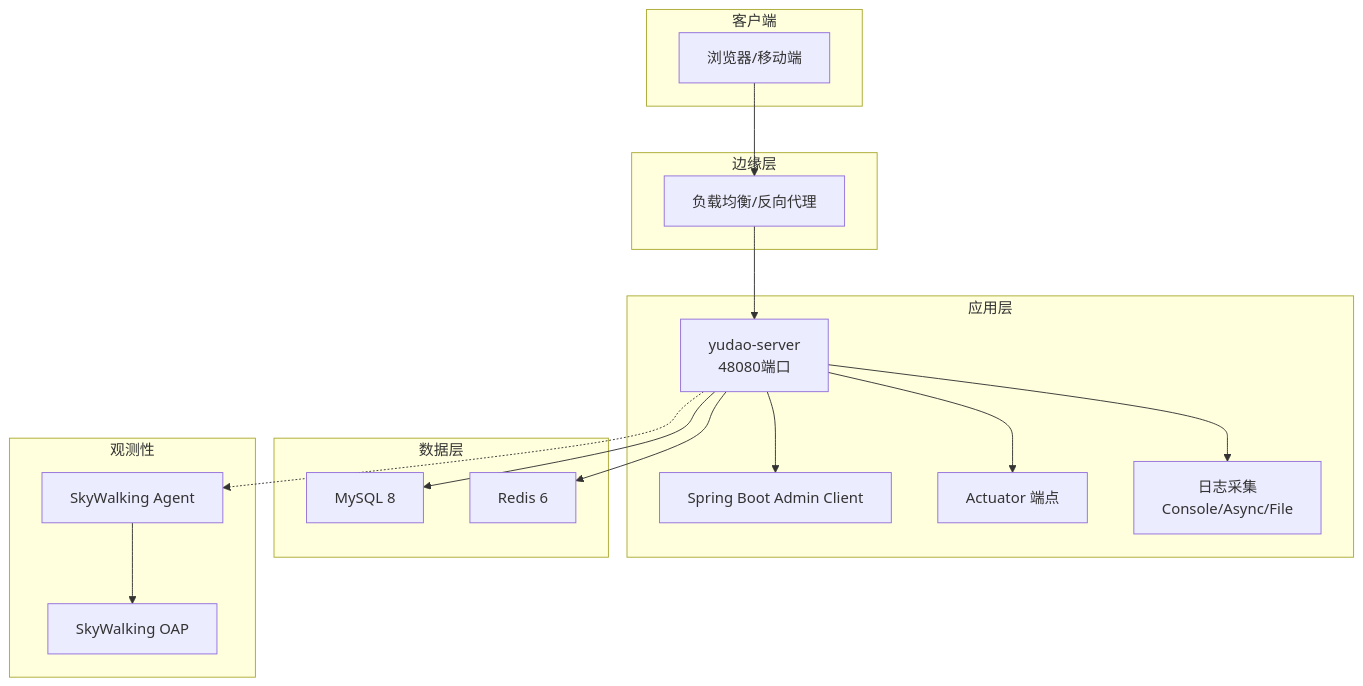
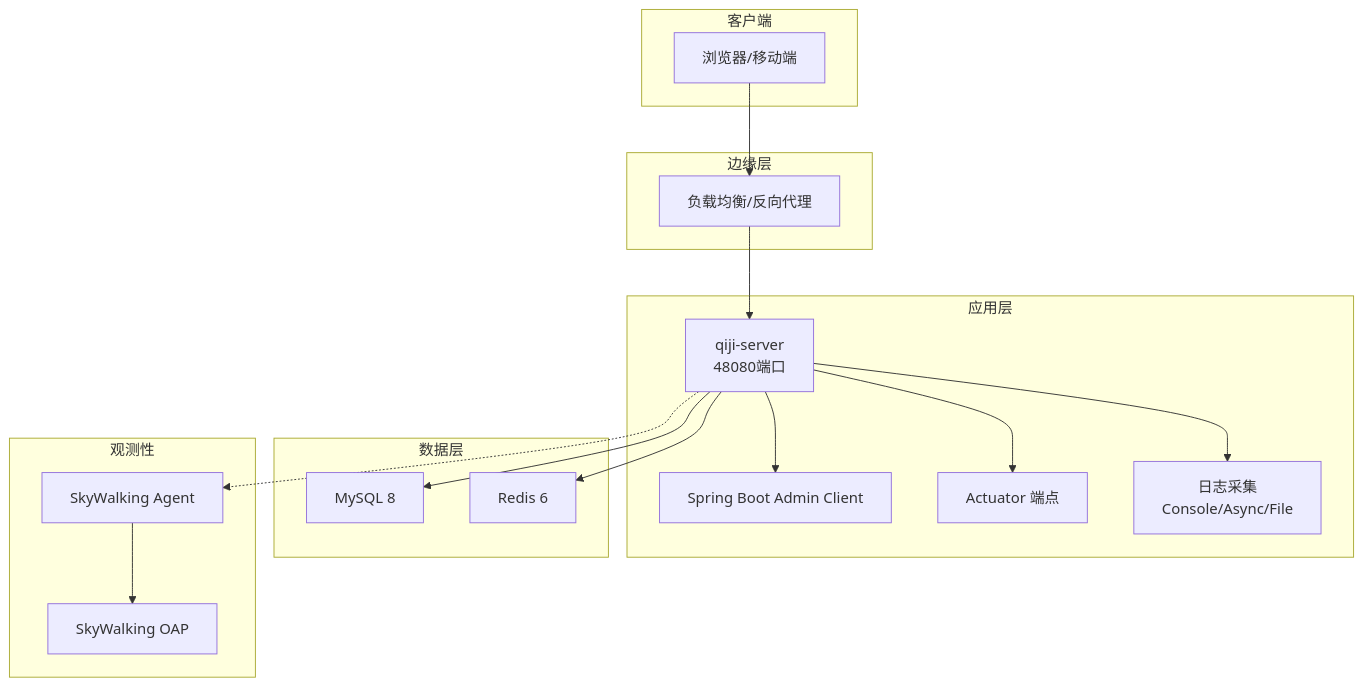
Before and after one commit to zhuangpengLI/AgenticCPS: the second of 6 diagrams in backend/.qoder/repowiki/zh/content/部署与运维/部署与运维.md, drawn with Mermaid. The commit also changed other lines of this file and 3489 other files, not shown here.

````diff
--- a/backend/.qoder/repowiki/zh/content/部署与运维/部署与运维.md
+++ b/backend/.qoder/repowiki/zh/content/部署与运维/部署与运维.md
@@ -114,30 +114,30 @@
 ```mermaid
 graph TB
 subgraph "客户端"
 C["浏览器/移动端"]
 end
 subgraph "边缘层"
 LB["负载均衡/反向代理"]
 end
 subgraph "应用层"
-A["yudao-server<br/>48080端口"]
+A["qiji-server<br/>48080端口"]
 ADM["Spring Boot Admin Client"]
 ACT["Actuator 端点"]
 LOG["日志采集<br/>Console/Async/File"]
 end
 subgraph "数据层"
 DB["MySQL 8"]
 R["Redis 6"]
 end
 subgraph "观测性"
 S["SkyWalking Agent"]
 SA["SkyWalking OAP"]
 end
 C --> LB --> A
 A --> DB
 A --> R
 A --> ADM
 A --> ACT
 A --> LOG
 A -.-> S --> SA
 ```
````
